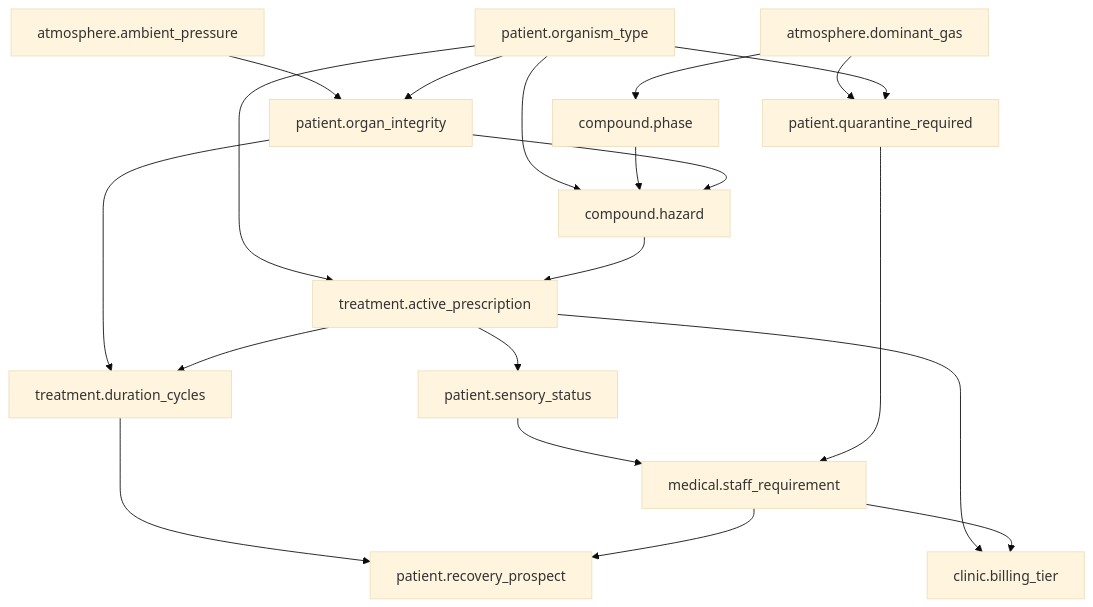
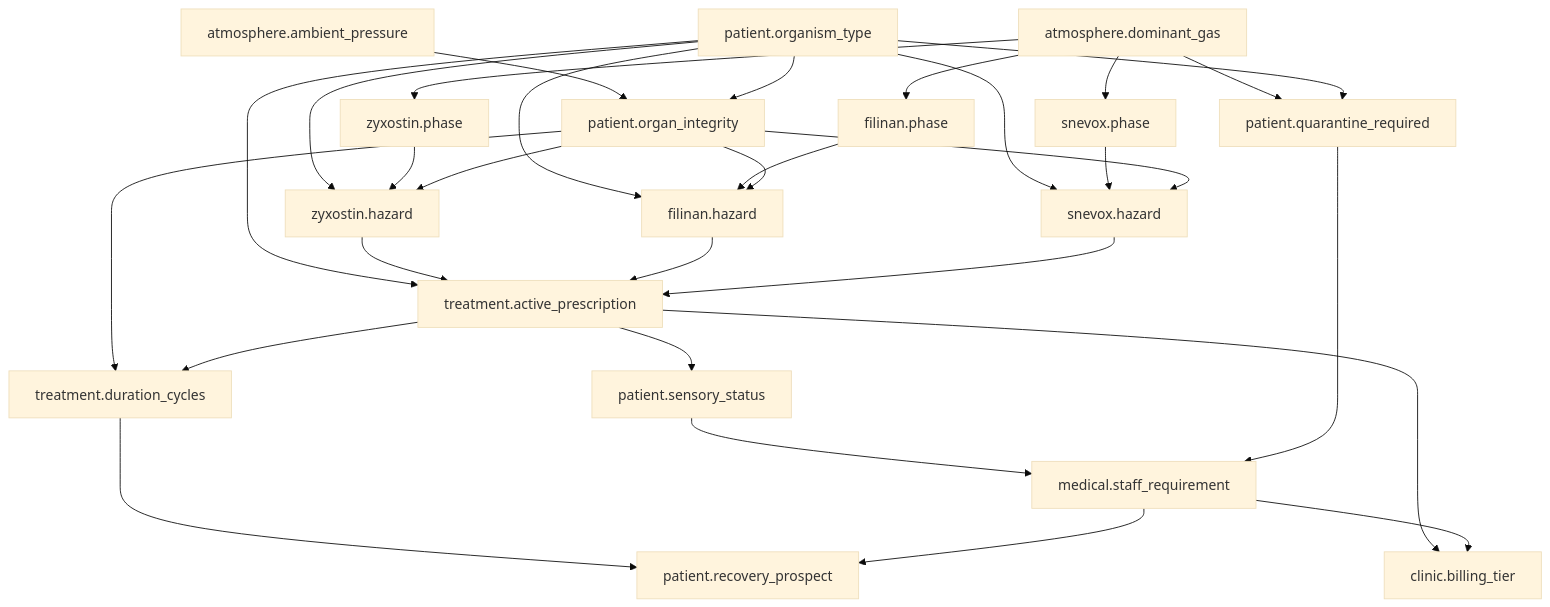
One commit to sultann-301/Belief-Aware-LLMs changed the second of 2 diagrams in domains.md. Above: the diagram before and after it, drawn with Mermaid (base theme).

Commit message:
update mermaid graph domain 2

````diff
--- a/domains.md
+++ b/domains.md
@@ -310,33 +310,45 @@
 ```mermaid
 graph TD
     %% Atmospheric Drivers
-    Atmos_Gas["atmosphere.dominant_gas"] --> Phase["compound.phase"]
+    Atmos_Gas["atmosphere.dominant_gas"] --> ZPhase["zyxostin.phase"]
+    Atmos_Gas --> FPhase["filinan.phase"]
+    Atmos_Gas --> SPhase["snevox.phase"]
     Atmos_Gas --> Quar["patient.quarantine_required"]
     Atmos_Press["atmosphere.ambient_pressure"] --> Integrity["patient.organ_integrity"]
 
     %% Biological Inputs
     Species["patient.organism_type"] --> Integrity
     Species --> Quar
-    Species --> Hazards["compound.hazard"]
+    Species --> ZHazard["zyxostin.hazard"]
+    Species --> FHazard["filinan.hazard"]
+    Species --> SHazard["snevox.hazard"]
 
-    %% Treatment Inputs
-    Phase --> Hazards
-    Integrity --> Hazards
+    %% Compound specific evaluations
+    ZPhase --> ZHazard
+    FPhase --> FHazard
+    SPhase --> SHazard
+    
+    Integrity --> ZHazard
+    Integrity --> FHazard
+    Integrity --> SHazard
+    
     Integrity --> Dur["treatment.duration_cycles"]
 
     %% Selection & Cascades
     Species --> Selection["treatment.active_prescription"]
-    Hazards --> Selection
+    ZHazard --> Selection
+    FHazard --> Selection
+    SHazard --> Selection
     Selection --> SideEffect["patient.sensory_status"]
     Selection --> Dur
 
     %% Late Stage derivations
     SideEffect --> Staff["medical.staff_requirement"]
     Quar --> Staff
     
     Dur --> Recov["patient.recovery_prospect"]
     Staff --> Recov
     
     Selection --> Bill["clinic.billing_tier"]
     Staff --> Bill
 ```
````
